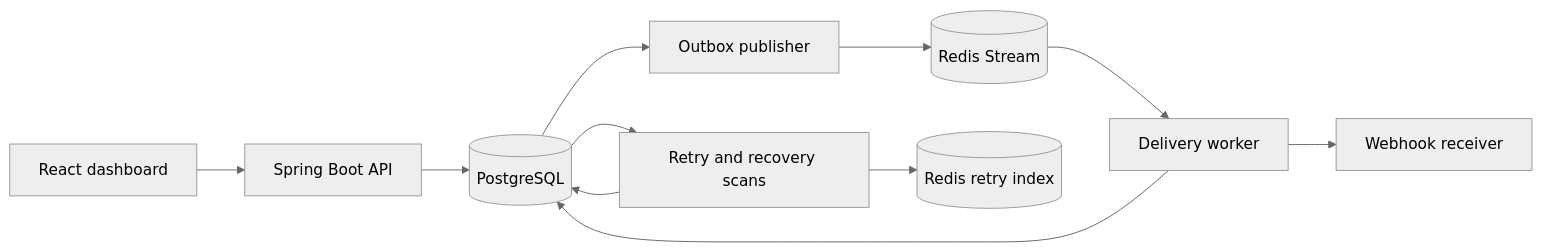
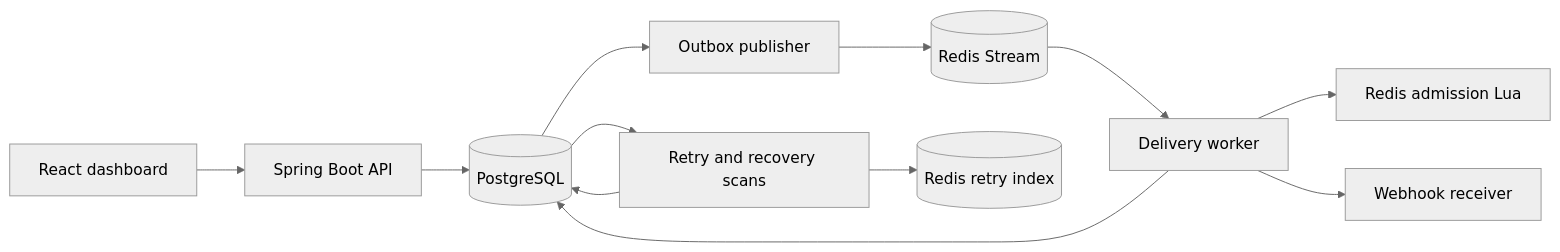
One commit to Ishaan-Chandak/eventflow changed the diagram in docs/architecture.md. Above: the diagram before and after it, drawn with Mermaid (neutral theme). The commit also changed other lines of this file and 20 other files, not shown here.

````diff
--- a/docs/architecture.md
+++ b/docs/architecture.md
@@ -3,13 +3,14 @@
 ```mermaid
 flowchart LR
   UI[React dashboard] --> API[Spring Boot API]
   API --> PG[(PostgreSQL)]
   PG --> OUT[Outbox publisher]
   OUT --> RS[(Redis Stream)]
   RS --> W[Delivery worker]
+  W --> ADM[Redis admission Lua]
   W --> HTTP[Webhook receiver]
   W --> PG
   PG --> SCH[Retry and recovery scans]
   SCH --> RZ[(Redis retry index)]
   SCH --> PG
 ```
````
